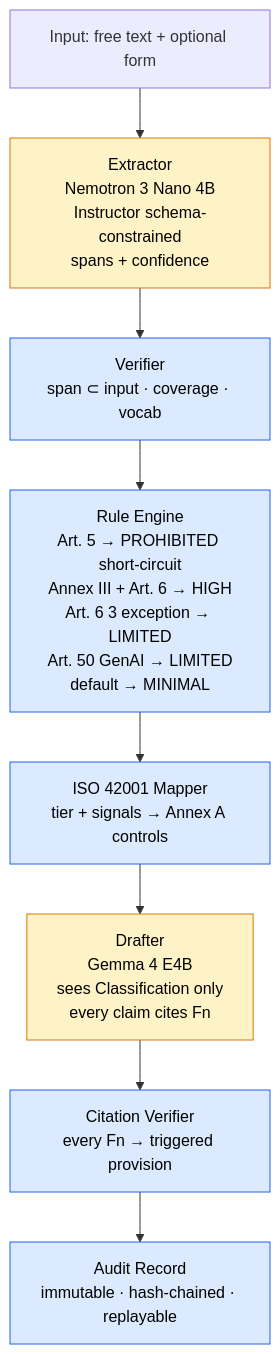
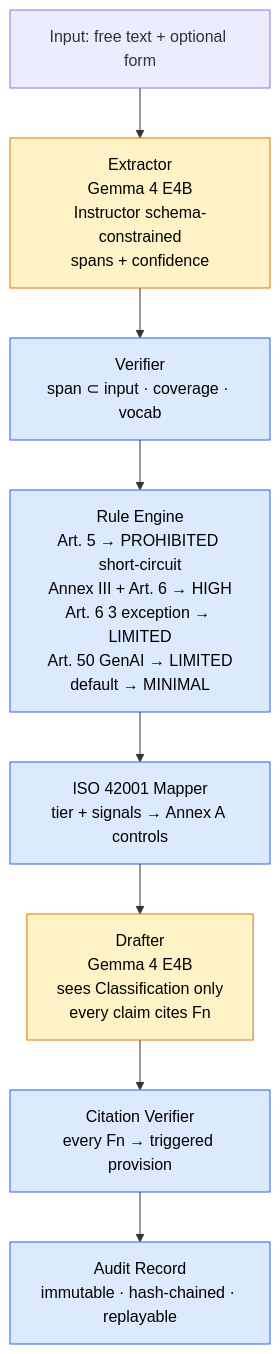
Before and after one commit to Mista-Kev/ai-act-risk-assessor: the diagram in README.md, drawn with Mermaid. The commit also changed other lines of this file and 2 other files, not shown here.

First line of the commit message:
Consolidate to gemma4:e4b for both extraction and drafting

````diff
--- a/README.md
+++ b/README.md
@@ -12,15 +12,15 @@
 ```mermaid
 flowchart TD
     Input[Input: free text + optional form] --> Extractor
-    Extractor[Extractor<br/>Nemotron 3 Nano 4B<br/>Instructor schema-constrained<br/>spans + confidence] --> Verifier
+    Extractor[Extractor<br/>Gemma 4 E4B<br/>Instructor schema-constrained<br/>spans + confidence] --> Verifier
     Verifier[Verifier<br/>span ⊂ input · coverage · vocab] --> Rules
     Rules[Rule Engine<br/>Art. 5 → PROHIBITED short-circuit<br/>Annex III + Art. 6 → HIGH<br/>Art. 6 3 exception → LIMITED<br/>Art. 50 GenAI → LIMITED<br/>default → MINIMAL] --> ISO
     ISO[ISO 42001 Mapper<br/>tier + signals → Annex A controls] --> Drafter
     Drafter[Drafter<br/>Gemma 4 E4B<br/>sees Classification only<br/>every claim cites Fn] --> CiteCheck
     CiteCheck[Citation Verifier<br/>every Fn → triggered provision] --> Audit[Audit Record<br/>immutable · hash-chained · replayable]
 
     classDef prob fill:#fef3c7,stroke:#d97706,color:#000
     classDef det fill:#dbeafe,stroke:#2563eb,color:#000
     class Extractor,Drafter prob
     class Verifier,Rules,ISO,CiteCheck,Audit det
 ```
````
